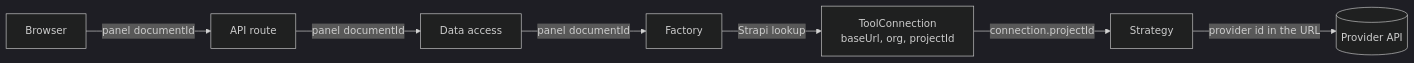
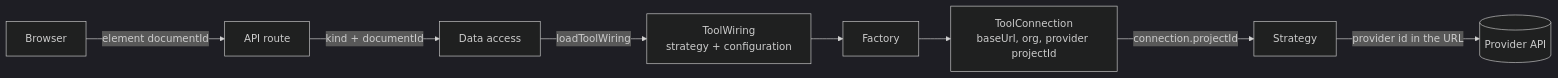
Before and after one commit to webteamuxco/dashboard-monitor: the first of 11 diagrams in apps/docs-site/docs/data-flow.md, drawn with Mermaid (dark theme). The commit also changed other lines of this file and 10 other files, not shown here.

````diff
--- a/apps/docs-site/docs/data-flow.md
+++ b/apps/docs-site/docs/data-flow.md
@@ -22,9 +23,10 @@
 ```mermaid
 flowchart LR
-    Browser -->|panel documentId| Route[API route]
-    Route -->|panel documentId| DA[Data access]
-    DA -->|panel documentId| Factory
-    Factory -->|Strapi lookup| Conn[ToolConnection<br/>baseUrl, org, projectId]
+    Browser -->|element documentId| Route[API route]
+    Route -->|kind + documentId| DA[Data access]
+    DA -->|loadToolWiring| Wiring[ToolWiring<br/>strategy + configuration]
+    Wiring --> Factory
+    Factory --> Conn[ToolConnection<br/>baseUrl, org, provider projectId]
     Conn -->|connection.projectId| Strategy
     Strategy -->|provider id in the URL| Ext[(Provider API)]
 ```
````
